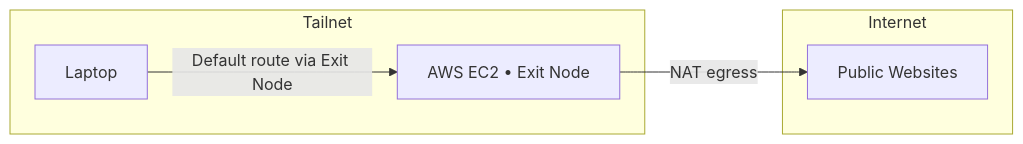
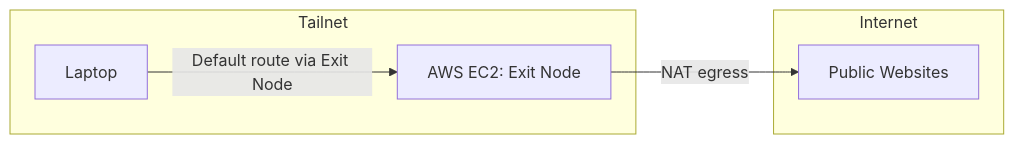
One commit to jarrad411/aws-tailscale-egress changed the second of 3 diagrams in README.md. Above: the diagram before and after it, drawn with Mermaid. The commit also changed other lines of this file, not shown here.

````diff
--- a/README.md
+++ b/README.md
@@ -106,14 +106,14 @@
 ```mermaid
 flowchart LR
   subgraph Internet
     PublicWeb[Public Websites]
   end
 
   subgraph Tailnet
-    AWS[AWS EC2 • Exit Node]
+    AWS[AWS EC2: Exit Node]
     Laptop[Laptop]
   end
 
   Laptop -->|Default route via Exit Node| AWS
   AWS -->|NAT egress| PublicWeb
 ```
````
